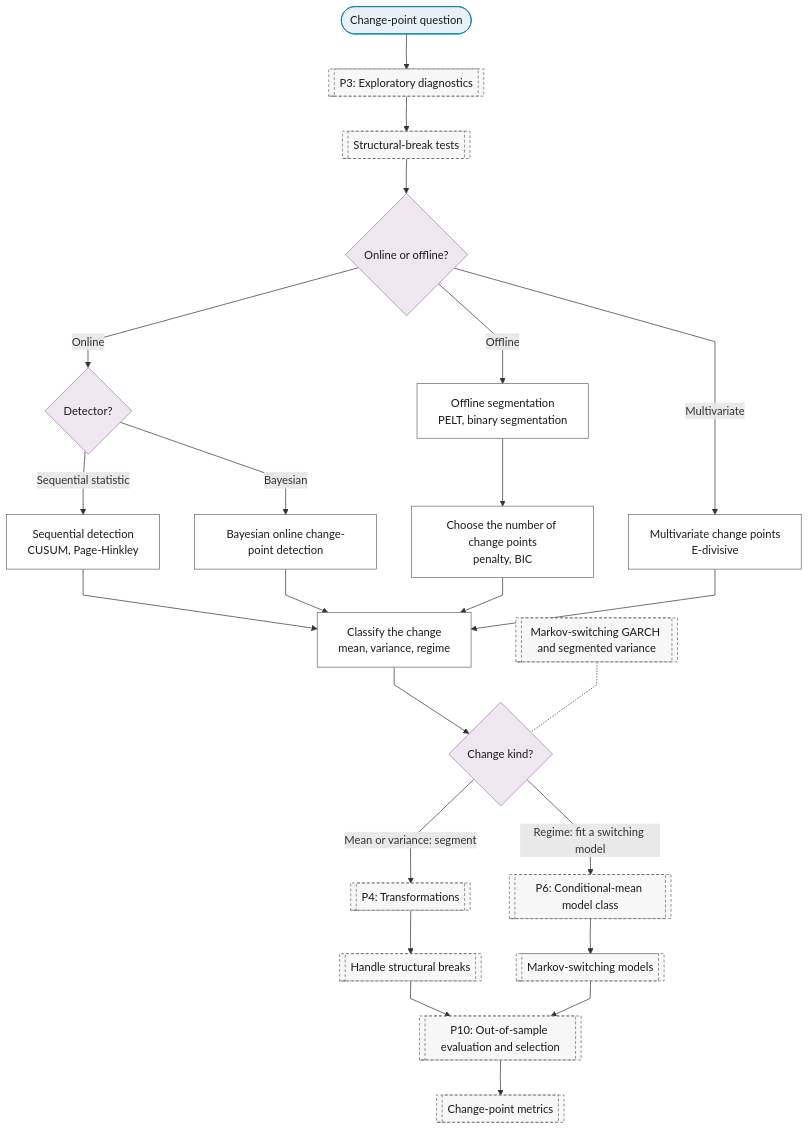
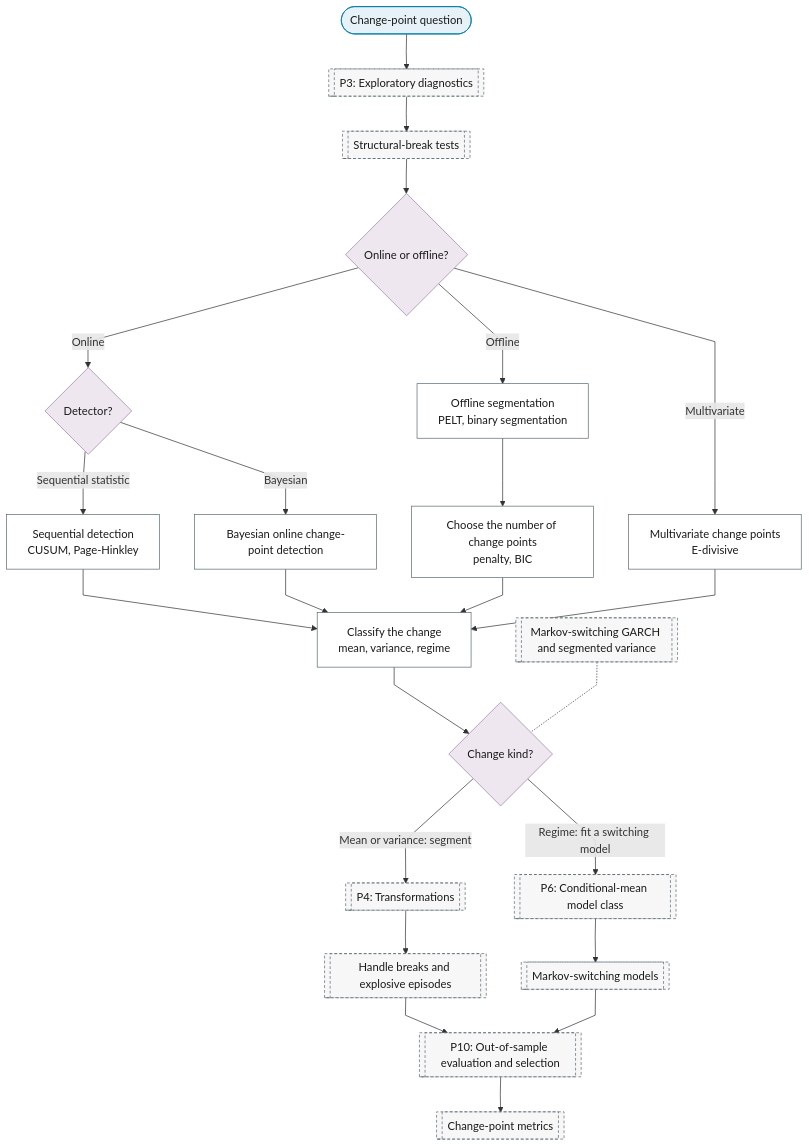
The diagram in docs/01-workflow/p00-purpose/04-change-point-detection.md (Shuxin-Y/time-series-analysis-manual), drawn with Mermaid before and after one commit. The commit also changed 6 other files, not shown here.

````diff
--- a/docs/01-workflow/p00-purpose/04-change-point-detection.md
+++ b/docs/01-workflow/p00-purpose/04-change-point-detection.md
@@ -7,34 +7,34 @@
 ```mermaid
 %%{init: {"flowchart": {"curve": "linear"}}}%%
 graph TD
     P0_CP_IN(["Change-point question"]) --> P3[["P3: Exploratory diagnostics"]]
     P3 --> P3_STRUCTURAL_BREAKS[["Structural-break tests"]]
     P3_STRUCTURAL_BREAKS --> P0_CP_MODE{"Online or offline?"}
     P0_CP_MODE -->|"Online"| P0_CP_ONLINE{"Detector?"}
     P0_CP_MODE -->|"Offline"| P0_CP_PELT["Offline segmentation<br/>PELT, binary segmentation"]
     P0_CP_MODE -->|"Multivariate"| P0_CP_MULTIVARIATE["Multivariate change points<br/>E-divisive"]
     P0_CP_ONLINE -->|"Sequential statistic"| P0_CP_CUSUM["Sequential detection<br/>CUSUM, Page-Hinkley"]
     P0_CP_ONLINE -->|"Bayesian"| P0_CP_BOCPD["Bayesian online change-point detection"]
     P0_CP_PELT --> P0_CP_PENALTY["Choose the number of change points<br/>penalty, BIC"]
     P0_CP_CUSUM & P0_CP_BOCPD & P0_CP_PENALTY & P0_CP_MULTIVARIATE --> P0_CP_TYPE["Classify the change<br/>mean, variance, regime"]
     P0_CP_TYPE --> P0_CP_KIND{"Change kind?"}
     P0_CP_KIND -->|"Mean or variance: segment"| P4[["P4: Transformations"]]
     P0_CP_KIND -->|"Regime: fit a switching model"| P6[["P6: Conditional-mean model class"]]
     P7_MS_GARCH[["Markov-switching GARCH and segmented variance"]] -.- P0_CP_KIND
-    P4 --> P4_BREAK_HANDLING[["Handle structural breaks"]]
+    P4 --> P4_BREAK_HANDLING[["Handle breaks and explosive episodes"]]
     P6 --> P6_MARKOV_SWITCHING[["Markov-switching models"]]
     P4_BREAK_HANDLING & P6_MARKOV_SWITCHING --> P10[["P10: Out-of-sample evaluation and selection"]]
     P10 --> P10_CHANGE_POINT_METRICS[["Change-point metrics"]]
     class P0_CP_IN terminator
     class P0_CP_MODE,P0_CP_ONLINE,P0_CP_KIND decision
     class P0_CP_PELT,P0_CP_MULTIVARIATE,P0_CP_CUSUM,P0_CP_BOCPD,P0_CP_PENALTY,P0_CP_TYPE process
     class P3,P3_STRUCTURAL_BREAKS,P4,P6,P7_MS_GARCH,P4_BREAK_HANDLING,P6_MARKOV_SWITCHING,P10,P10_CHANGE_POINT_METRICS ref
     classDef terminator fill:#E6F2F7,stroke:#007BA7,color:#1A1A1A;
     classDef process fill:#FFFFFF,stroke:#5A6B73,color:#1A1A1A;
     classDef decision fill:#EFE7F0,stroke:#9B7FA7,color:#1A1A1A;
     classDef data fill:#FFF4E0,stroke:#C9A55E,color:#1A1A1A;
     classDef good fill:#DCEFD8,stroke:#4A7A3F,color:#1A1A1A;
     classDef escalate fill:#FFE9C2,stroke:#C9A55E,color:#1A1A1A;
     classDef problem fill:#F2D9DE,stroke:#800020,color:#1A1A1A;
     classDef ref fill:#F7F7F7,stroke:#5A6B73,color:#1A1A1A,stroke-dasharray:4 3;
 ```
````
